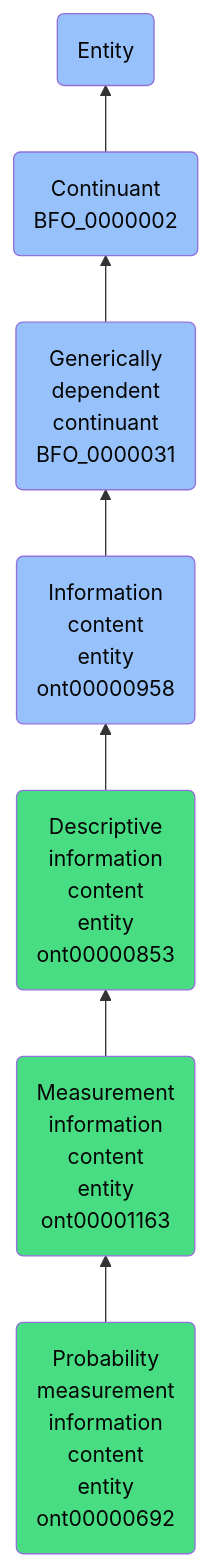
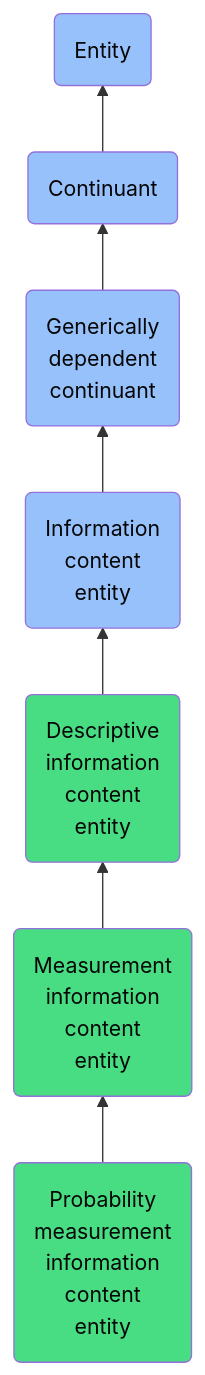
The diagram in docs/ontology/reference/model/Entity/Continuant/Generically dependent continuant/Information content entity/Descriptive information content entity/Measurement information content entity/Probability measurement information content entity/Probability measurement information content entity.md (jupyter-naas/abi), drawn with Mermaid before and after one commit. The commit also changed other lines of this file and 1430 other files, not shown here.

````diff
--- a/docs/ontology/reference/model/Entity/Continuant/Generically dependent continuant/Information content entity/Descriptive information content entity/Measurement information content entity/Probability measurement information content entity/Probability measurement information content entity.md
+++ b/docs/ontology/reference/model/Entity/Continuant/Generically dependent continuant/Information content entity/Descriptive information content entity/Measurement information content entity/Probability measurement information content entity/Probability measurement information content entity.md
@@ -25,14 +25,14 @@
 ```mermaid
 graph BT
-    ont00000692(Probability<br>measurement<br>information<br>content<br>entity<br>ont00000692):::ABI-->ont00001163
-    ont00001163(Measurement<br>information<br>content<br>entity<br>ont00001163):::ABI-->ont00000853
-    ont00000853(Descriptive<br>information<br>content<br>entity<br>ont00000853):::ABI-->ont00000958
-    ont00000958(Information<br>content<br>entity<br>ont00000958):::BFO-->BFO_0000031
-    BFO_0000031(Generically<br>dependent<br>continuant<br>BFO_0000031):::BFO-->BFO_0000002
-    BFO_0000002(Continuant<br>BFO_0000002):::BFO-->BFO_0000001
+    ont00000692(Probability<br>measurement<br>information<br>content<br>entity):::ABI-->ont00001163
+    ont00001163(Measurement<br>information<br>content<br>entity):::ABI-->ont00000853
+    ont00000853(Descriptive<br>information<br>content<br>entity):::ABI-->ont00000958
+    ont00000958(Information<br>content<br>entity):::BFO-->BFO_0000031
+    BFO_0000031(Generically<br>dependent<br>continuant):::BFO-->BFO_0000002
+    BFO_0000002(Continuant):::BFO-->BFO_0000001
     BFO_0000001(Entity):::BFO
     
     classDef BFO fill:#97c1fb,color:#060606
     classDef CCO fill:#e4c51e,color:#060606
     classDef ABI fill:#48DD82,color:#060606
 ```
````
